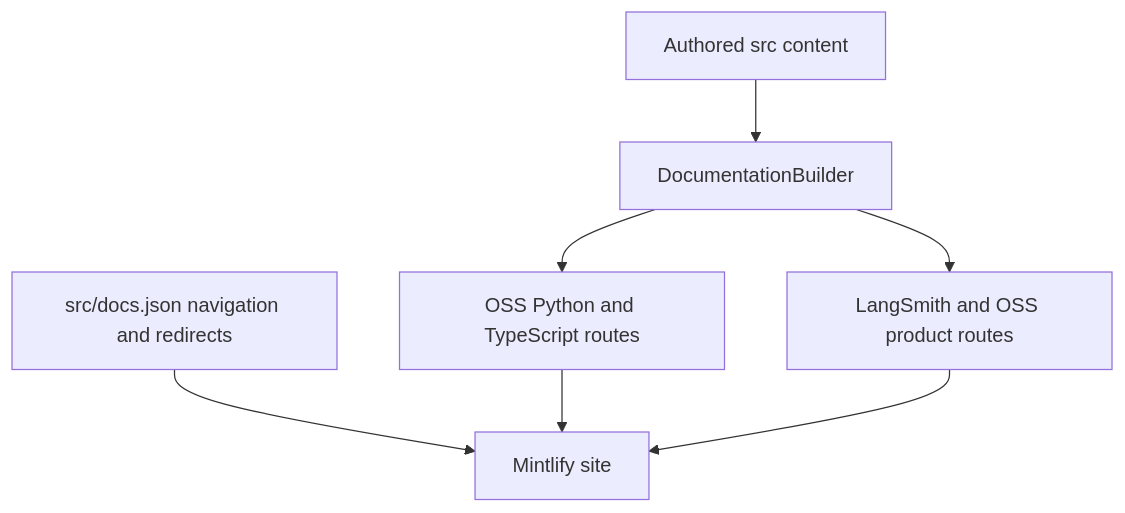
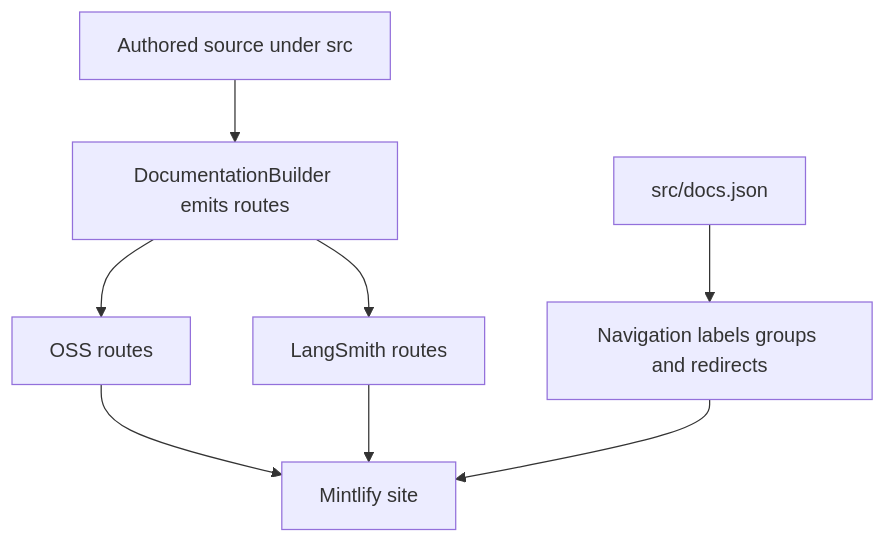
The diagram in openwiki/architecture/source-map.md (langchain-ai/docs), drawn with Mermaid before and after one commit. The commit also changed other lines of this file and 26 other files, not shown here.

````diff
--- a/openwiki/architecture/source-map.md
+++ b/openwiki/architecture/source-map.md
@@ -37,9 +41,10 @@
 ```mermaid
 flowchart TD
-    Source["Authored src content"] --> Builder["DocumentationBuilder"]
-    Config["src/docs.json navigation and redirects"] --> Mintlify["Mintlify site"]
-    Builder --> Versioned["OSS Python and TypeScript routes"]
-    Builder --> Unversioned["LangSmith and OSS product routes"]
-    Versioned --> Mintlify
-    Unversioned --> Mintlify
+    Source["Authored source under src"] --> Builder["DocumentationBuilder emits routes"]
+    Builder --> Oss["OSS routes"]
+    Builder --> Langsmith["LangSmith routes"]
+    Oss --> Mintlify["Mintlify site"]
+    Langsmith --> Mintlify
+    Config["src/docs.json"] --> Navigation["Navigation labels groups and redirects"]
+    Navigation --> Mintlify
 ```
````
